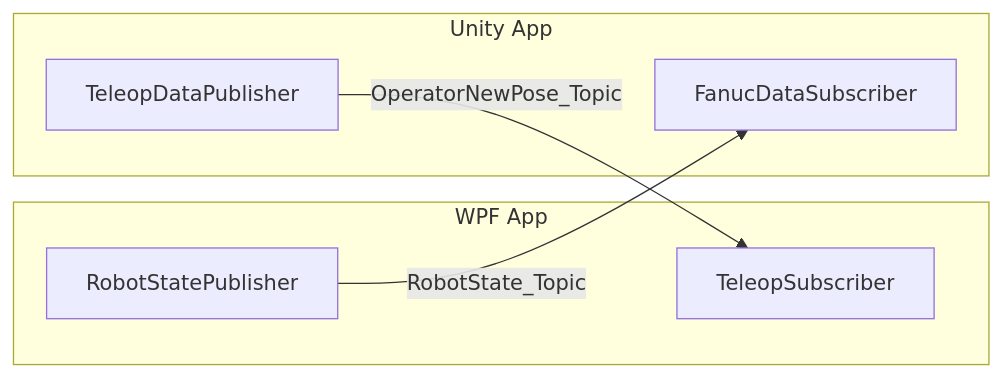
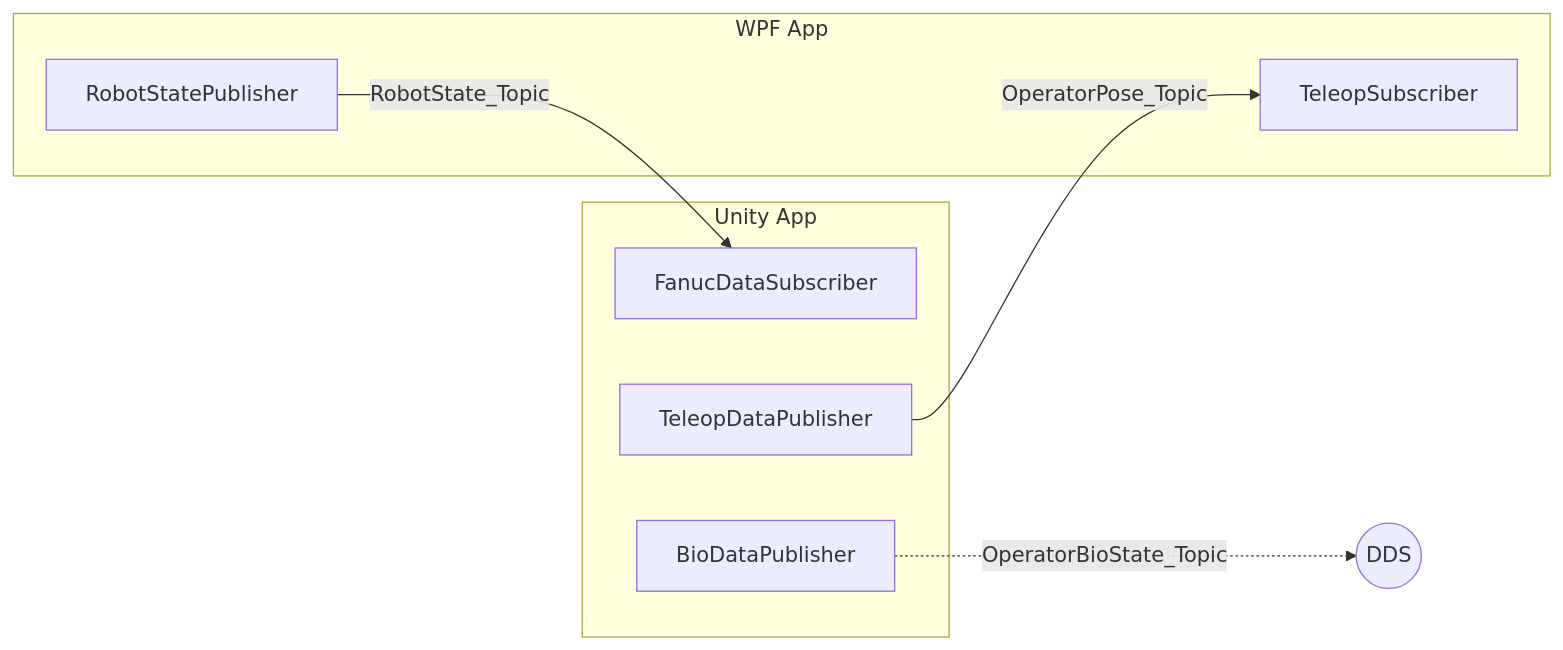
One commit to mazeasdamien/CAT_project changed the diagram in README.md. Above: the diagram before and after it, drawn with Mermaid. The commit also changed other lines of this file and 10 other files, not shown here.

Commit message:
feat: Add WPF robot control application with DDS integration, Unity DDS publishers for bio and teleop data, and Fanuc workcell configuration files.

````diff
--- a/README.md
+++ b/README.md
@@ -16,15 +16,17 @@
 ```mermaid
 graph LR
     subgraph WPF App
     A[RobotStatePublisher]
     B[TeleopSubscriber]
     end
     
     subgraph Unity App
     C[FanucDataSubscriber]
     D[TeleopDataPublisher]
+    E[BioDataPublisher]
     end
 
     A -- "RobotState_Topic" --> C
-    D -- "OperatorNewPose_Topic" --> B
+    D -- "OperatorPose_Topic" --> B
+    E -. "OperatorBioState_Topic" .-> F((DDS))
 ```
````
